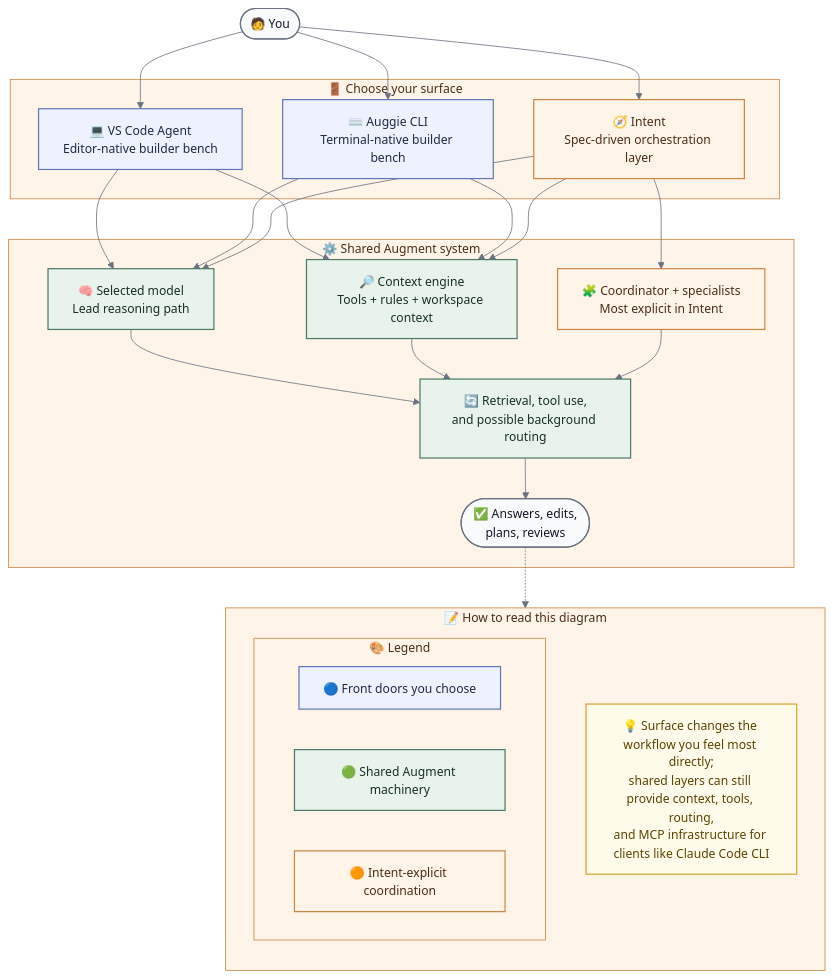
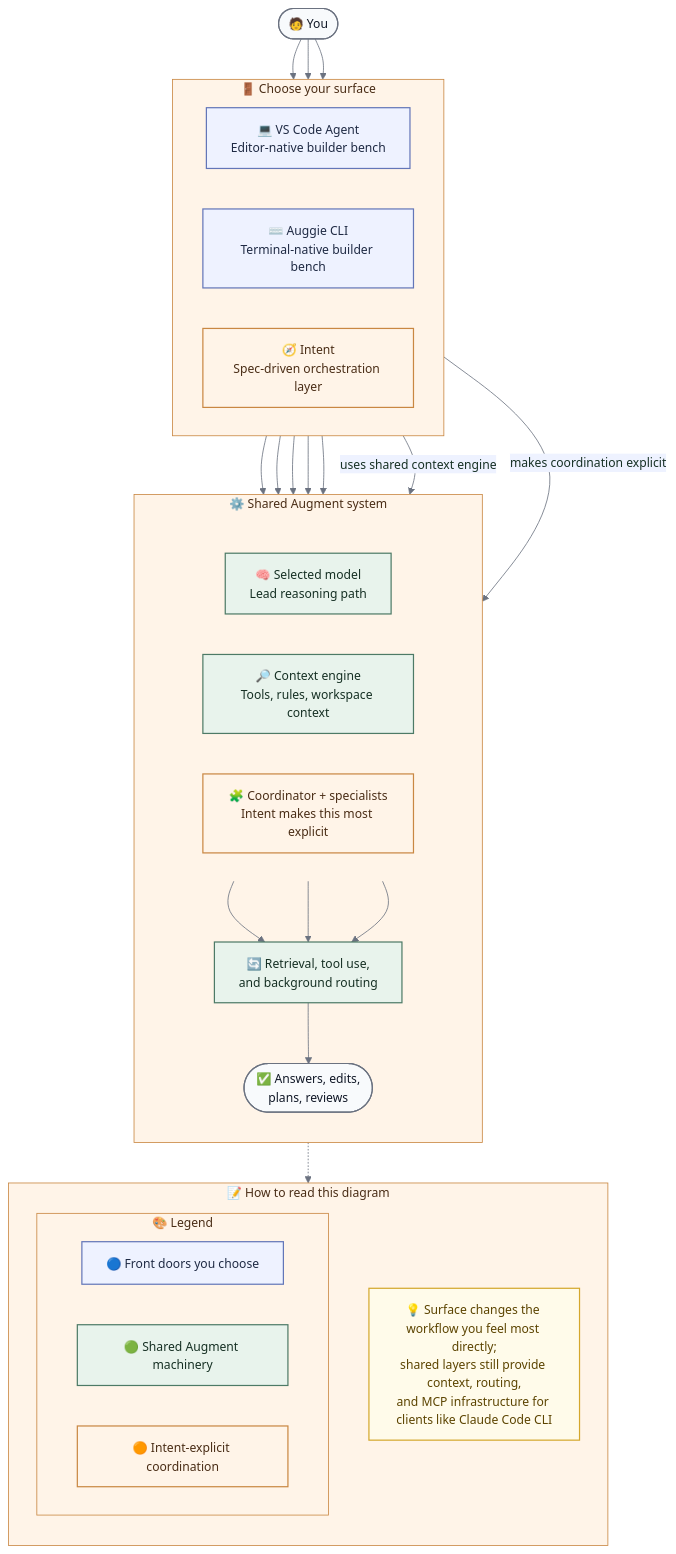
One commit to drasticstatic/trading-assistant-public-preview changed the diagram in setup/AugmentArchitecture.md. Above: the diagram before and after it, drawn with Mermaid. The commit also changed 5 other files, not shown here.

```diff
--- a/setup/AugmentArchitecture.md
+++ b/setup/AugmentArchitecture.md
@@ -119,22 +119,27 @@
     U([🧑 You])
 
     subgraph SURFACES[🚪 Choose your surface]
+        direction LR
         VS[💻 VS Code Agent<br/>Editor-native builder bench]
         CL[⌨️ Auggie CLI<br/>Terminal-native builder bench]
         IN[🧭 Intent<br/>Spec-driven orchestration layer]
     end
 
     subgraph SHARED[⚙️ Shared Augment system]
-        SM[🧠 Selected model<br/>Lead reasoning path]
-        CX[🔎 Context engine<br/>Tools + rules + workspace context]
-        AG[🧩 Coordinator + specialists<br/>Most explicit in Intent]
-        BG[🔄 Retrieval, tool use,<br/>and possible background routing]
+        direction TB
+        subgraph CORE[ ]
+            direction LR
+            SM[🧠 Selected model<br/>Lead reasoning path]
+            CX[🔎 Context engine<br/>Tools, rules, workspace context]
+            AG[🧩 Coordinator + specialists<br/>Intent makes this most explicit]
+        end
+        BG[🔄 Retrieval, tool use,<br/>and background routing]
         OUT([✅ Answers, edits,<br/>plans, reviews])
     end
 
     subgraph GUIDE[📝 How to read this diagram]
         direction TB
-        CAP[💡 Surface changes the workflow you feel most directly;<br/>shared layers can still provide context, tools, routing,<br/>and MCP infrastructure for clients like Claude Code CLI]
+        CAP[💡 Surface changes the workflow you feel most directly;<br/>shared layers still provide context, routing,<br/>and MCP infrastructure for clients like Claude Code CLI]
 
         subgraph LEGEND[🎨 Legend]
             direction LR
@@ -154,9 +159,9 @@
 
     VS --> CX
     CL --> CX
-    IN --> CX
+    IN -->|uses shared context engine| CX
 
-    IN --> AG
+    IN -->|makes coordination explicit| AG
 
     SM --> BG
     CX --> BG
@@ -170,6 +175,8 @@
     classDef guide fill:#fffbea,stroke:#d4a72c,color:#5c4400,stroke-width:1.5px;
     classDef result fill:#f8fafc,stroke:#6b7280,color:#111827,stroke-width:1.5px;
 
+    style CORE fill:none,stroke:none;
+
     class VS,CL,L1 entry;
     class IN,AG,L3 intent;
     class SM,CX,BG,L2 shared;
```
